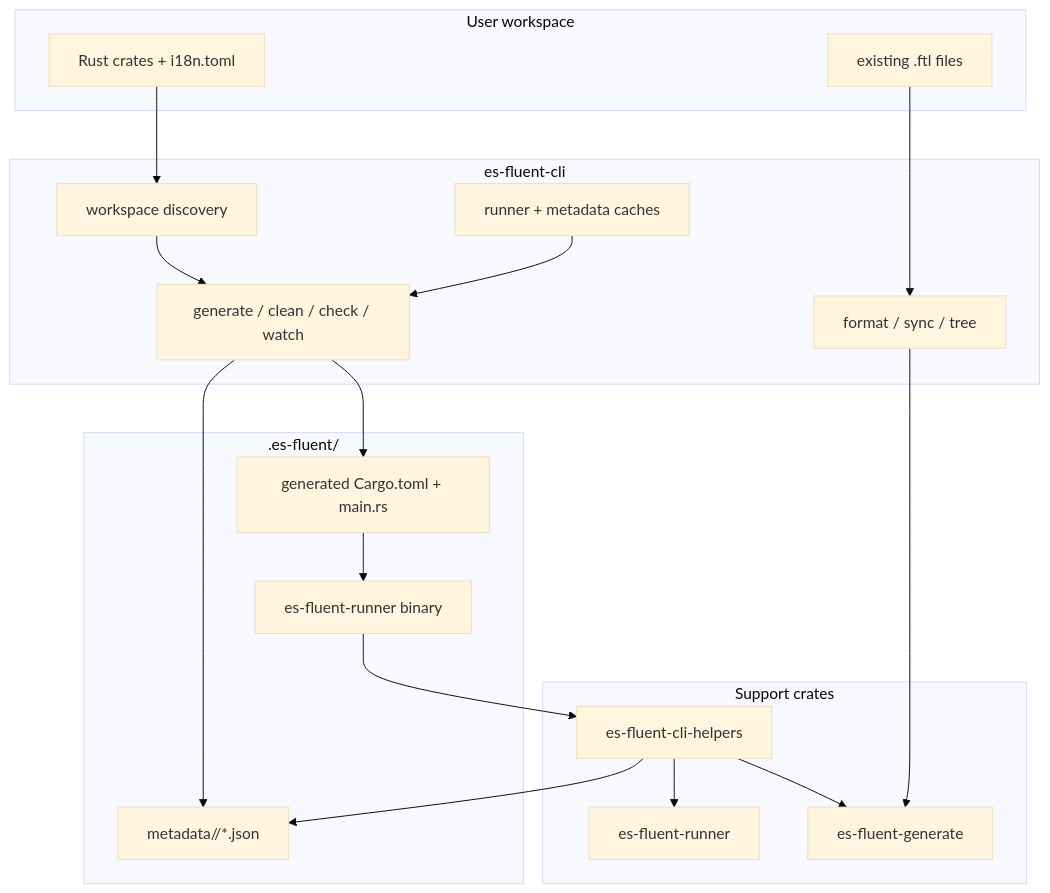
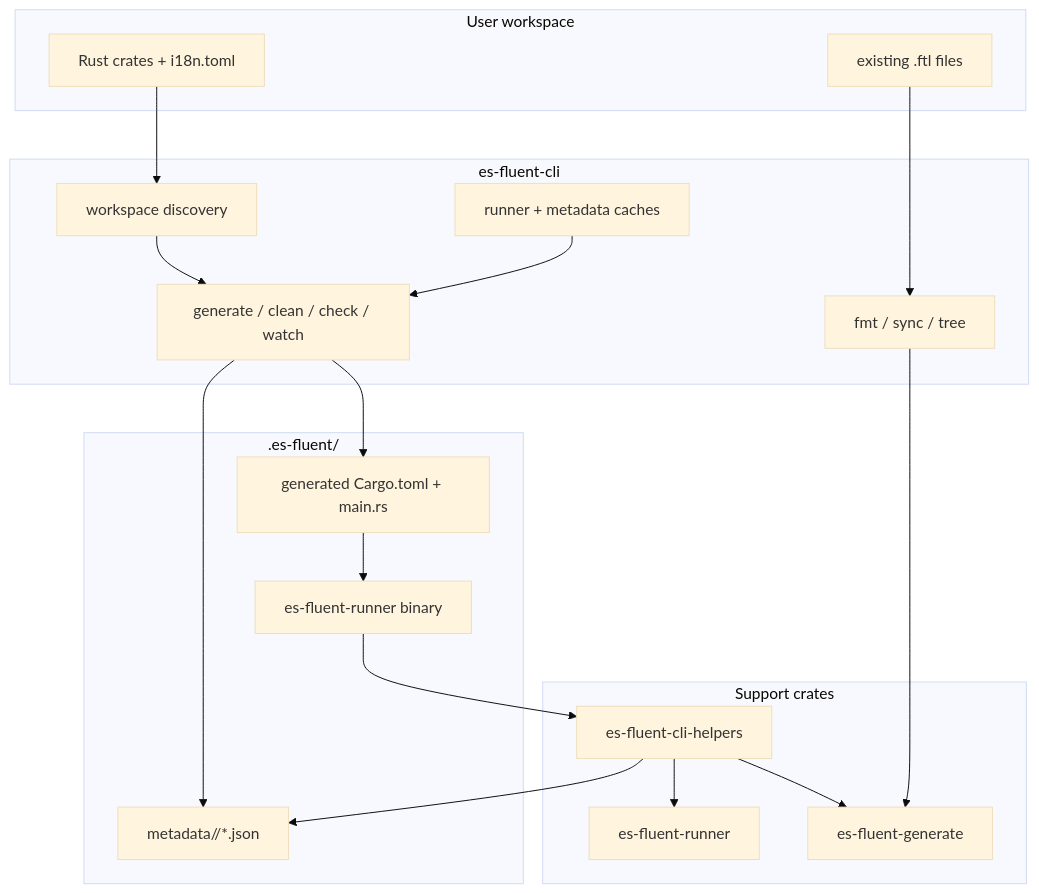
Before and after one commit to stayhydated/es-fluent: the first of 2 diagrams in crates/es-fluent-cli/docs/ARCHITECTURE.md, drawn with Mermaid (base theme). The commit also changed other lines of this file and 7 other files, not shown here.

````diff
--- a/crates/es-fluent-cli/docs/ARCHITECTURE.md
+++ b/crates/es-fluent-cli/docs/ARCHITECTURE.md
@@ -21,39 +21,39 @@
 ```mermaid
 flowchart TD
     subgraph USER["User workspace"]
         CODE["Rust crates + i18n.toml"]
         FTL["existing .ftl files"]
     end
 
     subgraph CLI["es-fluent-cli"]
         DISCOVER["workspace discovery"]
         RUNNERCMDS["generate / clean / check / watch"]
-        DIRECT["format / sync / tree"]
+        DIRECT["fmt / sync / tree"]
         CACHE["runner + metadata caches"]
     end
 
     subgraph RUNNER[".es-fluent/"]
         TEMP["generated Cargo.toml + main.rs"]
         BIN["es-fluent-runner binary"]
         META["metadata/<crate>/*.json"]
     end
 
     subgraph HELPERS["Support crates"]
         CLIH["es-fluent-cli-helpers"]
         RUNNERPROTO["es-fluent-runner"]
         GENERATE["es-fluent-generate"]
     end
 
     CODE --> DISCOVER
     FTL --> DIRECT
     DISCOVER --> RUNNERCMDS
     RUNNERCMDS --> TEMP
     TEMP --> BIN
     BIN --> CLIH
     CLIH --> RUNNERPROTO
     CLIH --> GENERATE
     CLIH --> META
     RUNNERCMDS --> META
     DIRECT --> GENERATE
     CACHE --> RUNNERCMDS
 ```
````
